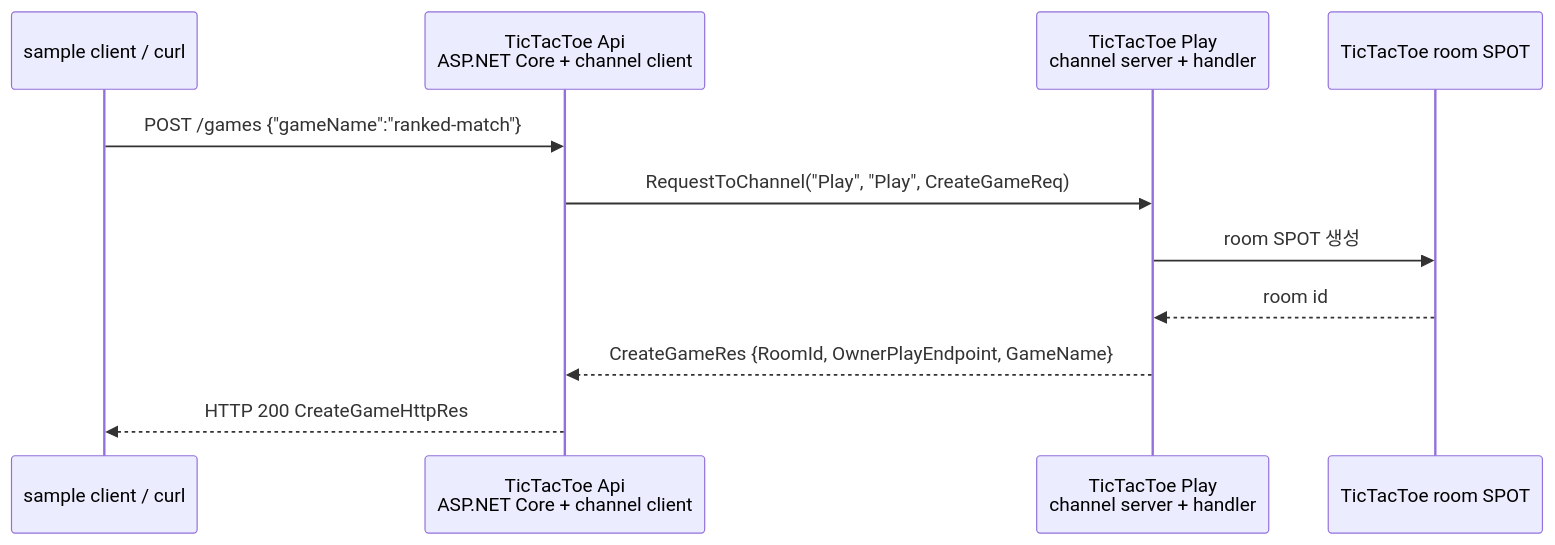
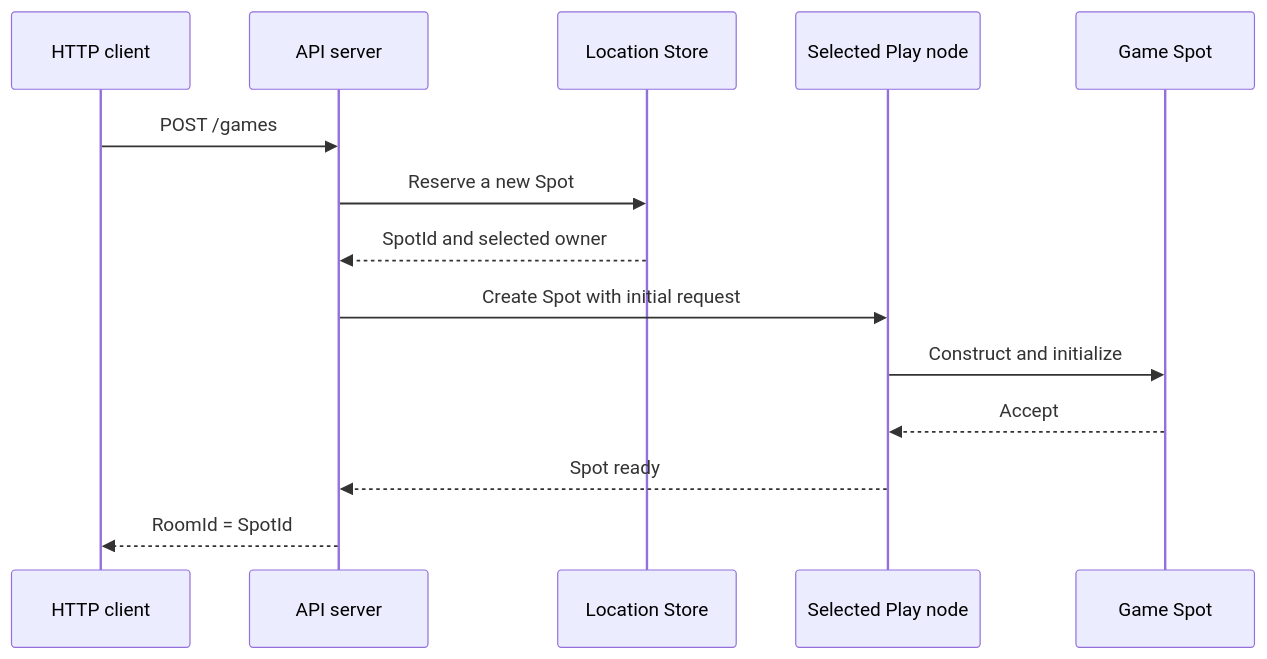
The diagram in framework/doc/framework/dotnet/guide/02-getting-started.ko.md (kairos-code-dev/zlink), drawn with Mermaid before and after one commit. The commit also changed other lines of this file and 1160 other files, not shown here.

````diff
--- a/framework/doc/framework/dotnet/guide/02-getting-started.ko.md
+++ b/framework/doc/framework/dotnet/guide/02-getting-started.ko.md
@@ -41,14 +16,17 @@
 ```mermaid
 sequenceDiagram
-    participant Client as sample client / curl
-    participant Api as TicTacToe Api<br/>ASP.NET Core + channel client
-    participant Play as TicTacToe Play<br/>channel server + handler
-    participant Spot as TicTacToe room SPOT
+    participant Client as HTTP client
+    participant Api as API server
+    participant Store as Location Store
+    participant Play as Selected Play node
+    participant Spot as Game Spot
 
-    Client->>Api: POST /games {"gameName":"ranked-match"}
-    Api->>Play: RequestToChannel("Play", "Play", CreateGameReq)
-    Play->>Spot: room SPOT 생성
-    Spot-->>Play: room id
-    Play-->>Api: CreateGameRes {RoomId, OwnerPlayEndpoint, GameName}
-    Api-->>Client: HTTP 200 CreateGameHttpRes
+    Client->>Api: POST /games
+    Api->>Store: Reserve a new Spot
+    Store-->>Api: SpotId and selected owner
+    Api->>Play: Create Spot with initial request
+    Play->>Spot: Construct and initialize
+    Spot-->>Play: Accept
+    Play-->>Api: Spot ready
+    Api-->>Client: RoomId = SpotId
 ```
````
